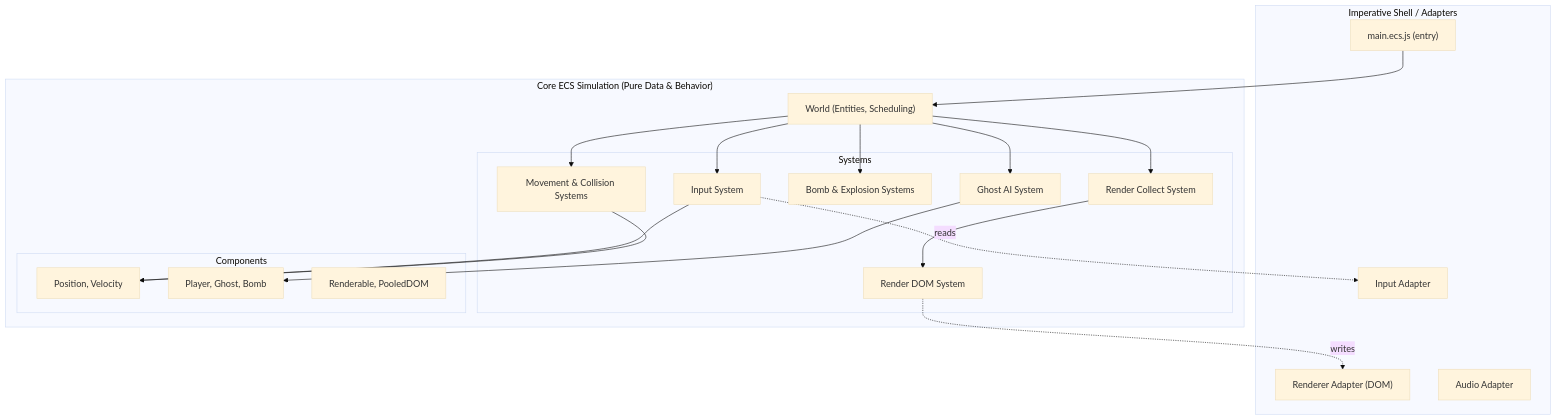
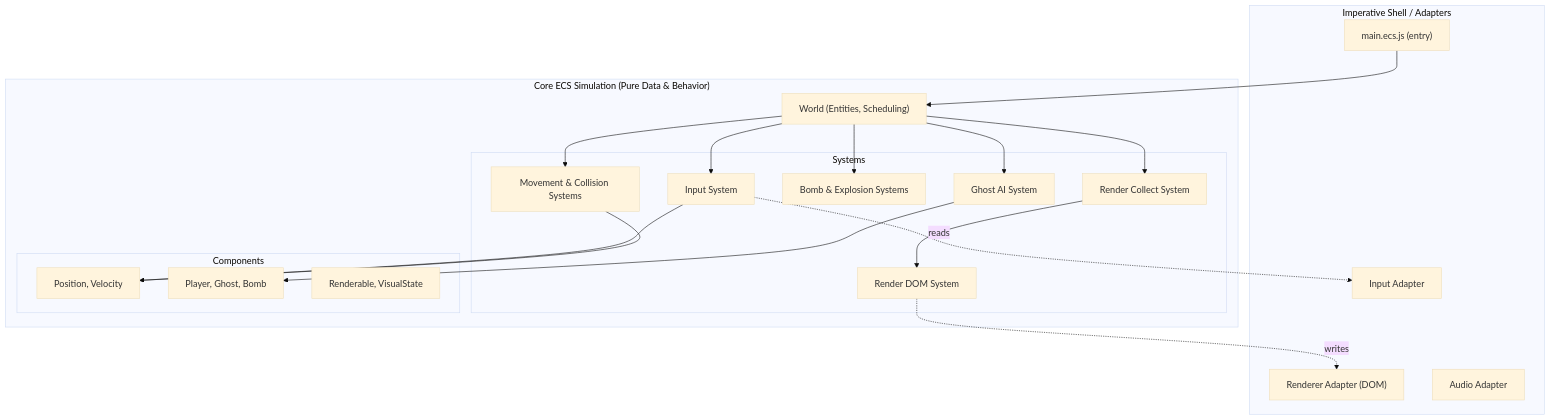
The diagram in README.md (ertval/make-your-game), drawn with Mermaid (base theme) before and after one commit. The commit also changed other lines of this file and 4 other files, not shown here.

````diff
--- a/README.md
+++ b/README.md
@@ -99,43 +99,43 @@
 ```mermaid
 graph TB
     subgraph "Imperative Shell / Adapters"
         MAIN["main.ecs.js (entry)"]
         RENDERER["Renderer Adapter (DOM)"]
         INPUT["Input Adapter"]
         AUDIO["Audio Adapter"]
     end
 
     subgraph "Core ECS Simulation (Pure Data & Behavior)"
         WORLD["World (Entities, Scheduling)"]
         
         subgraph "Systems"
             SYS_INPUT["Input System"]
             SYS_MOVE["Movement & Collision Systems"]
             SYS_BOMB["Bomb & Explosion Systems"]
             SYS_AI["Ghost AI System"]
             SYS_RENDER_C["Render Collect System"]
             SYS_RENDER_D["Render DOM System"]
         end
         
         subgraph "Components"
             COMP_POS["Position, Velocity"]
             COMP_ACT["Player, Ghost, Bomb"]
-            COMP_REN["Renderable, PooledDOM"]
+            COMP_REN["Renderable, VisualState"]
         end
     end
 
     MAIN --> WORLD
     WORLD --> SYS_INPUT
     WORLD --> SYS_AI
     WORLD --> SYS_MOVE
     WORLD --> SYS_BOMB
     WORLD --> SYS_RENDER_C
     SYS_RENDER_C --> SYS_RENDER_D
     
     SYS_INPUT -. reads .-> INPUT
     SYS_RENDER_D -. writes .-> RENDERER
     
     SYS_INPUT --> COMP_POS
     SYS_MOVE --> COMP_POS
     SYS_AI --> COMP_ACT
 ```
````
